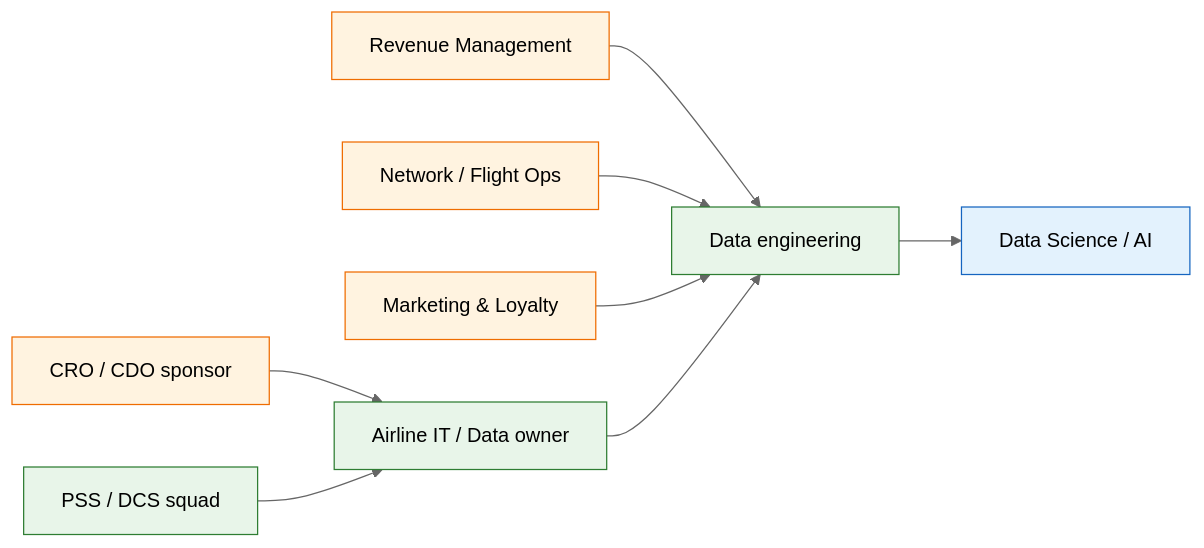
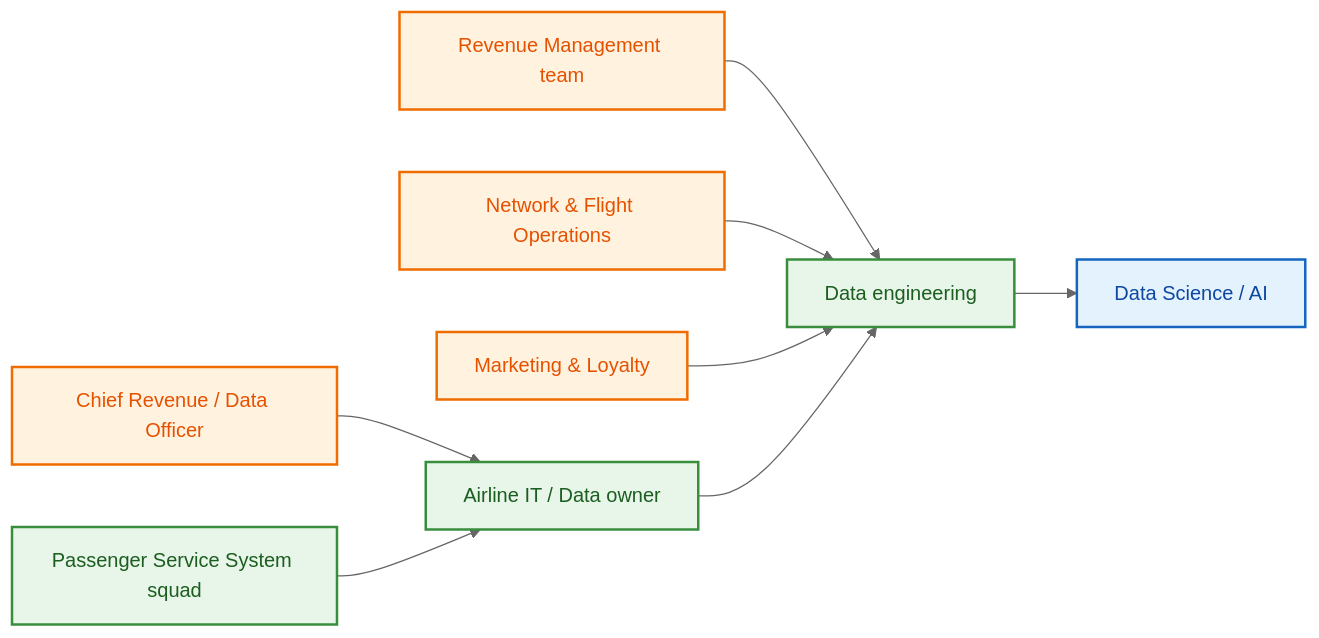
One commit to willtran112358/airline-domain-data-platform changed the diagram in docs/01-business-context.md. Above: the diagram before and after it, drawn with Mermaid (neutral theme). The commit also changed other lines of this file and 6 other files, not shown here.

First line of the commit message:
Fix Mermaid render errors and improve diagram visuals

````diff
--- a/docs/01-business-context.md
+++ b/docs/01-business-context.md
@@ -22,23 +24,23 @@
 ```mermaid
 flowchart LR
-    classDef biz fill:#fff3e0,stroke:#ef6c00
-    classDef tech fill:#e8f5e9,stroke:#2e7d32
-    classDef ext fill:#e3f2fd,stroke:#1565c0
+    classDef biz fill:#fff3e0,stroke:#ef6c00,stroke-width:2px,color:#e65100
+    classDef tech fill:#e8f5e9,stroke:#388e3c,stroke-width:2px,color:#1b5e20
+    classDef ext fill:#e3f2fd,stroke:#1565c0,stroke-width:2px,color:#0d47a1
 
-    CCO["CRO / CDO sponsor"]:::biz
-    REV["Revenue Management"]:::biz
-    OPS["Network / Flight Ops"]:::biz
+    CCO["Chief Revenue / Data Officer"]:::biz
+    REV["Revenue Management team"]:::biz
+    OPS["Network & Flight Operations"]:::biz
     MKT["Marketing & Loyalty"]:::biz
     IT["Airline IT / Data owner"]:::tech
-    PSS["PSS / DCS squad"]:::tech
+    PSS["Passenger Service System squad"]:::tech
     DE["Data engineering"]:::tech
     DS["Data Science / AI"]:::ext
 
     CCO --> IT
     REV --> DE
     OPS --> DE
     MKT --> DE
     IT --> DE
     PSS --> IT
     DE --> DS
 ```
````
